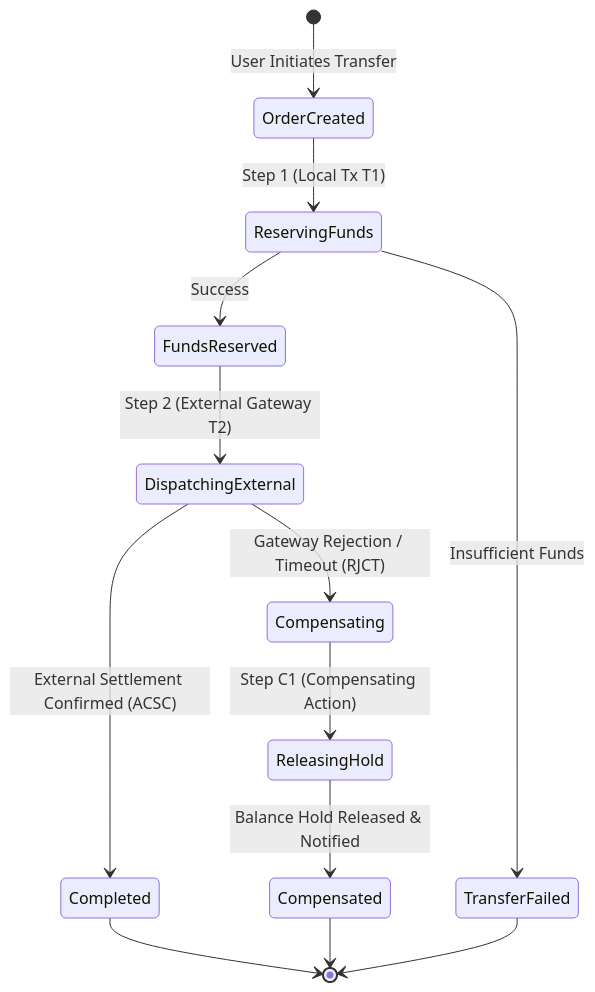
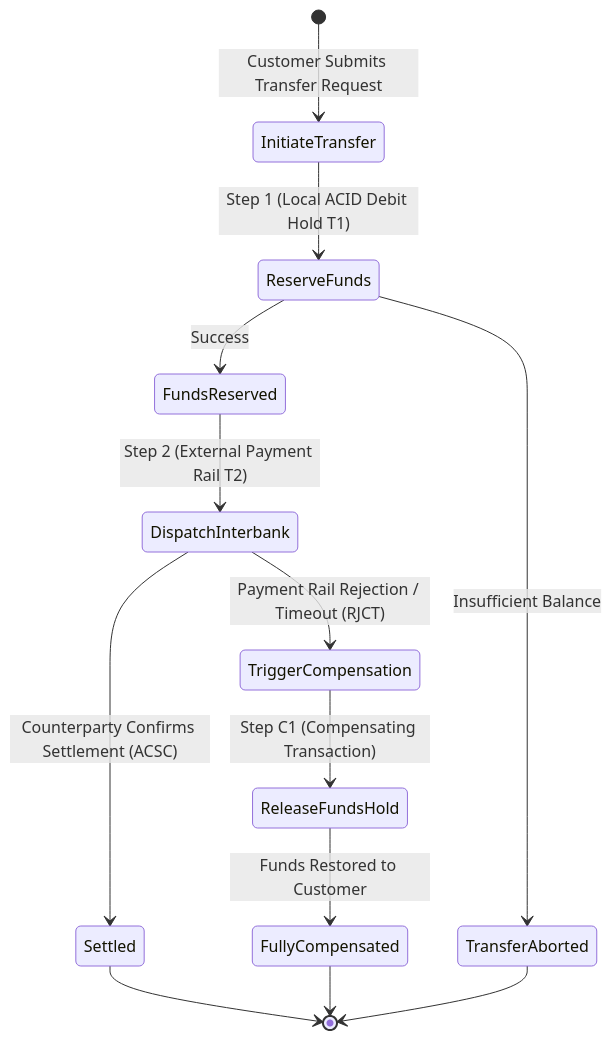
The first of 2 diagrams in content/series/core-banking-architecture/part-4-saga-pattern.md (vesviet/vesviet), drawn with Mermaid before and after one commit. The commit also changed other lines of this file and 90 other files, not shown here.

````diff
--- a/content/series/core-banking-architecture/part-4-saga-pattern.md
+++ b/content/series/core-banking-architecture/part-4-saga-pattern.md
@@ -44,20 +41,20 @@
 ```mermaid
 stateDiagram-v2
-    [*] --> OrderCreated: User Initiates Transfer
-    OrderCreated --> ReservingFunds: Step 1 (Local Tx T1)
+    [*] --> InitiateTransfer: Customer Submits Transfer Request
+    InitiateTransfer --> ReserveFunds: Step 1 (Local ACID Debit Hold T1)
     
-    ReservingFunds --> FundsReserved: Success
-    ReservingFunds --> TransferFailed: Insufficient Funds
+    ReserveFunds --> FundsReserved: Success
+    ReserveFunds --> TransferAborted: Insufficient Balance
     
-    FundsReserved --> DispatchingExternal: Step 2 (External Gateway T2)
+    FundsReserved --> DispatchInterbank: Step 2 (External Payment Rail T2)
     
-    DispatchingExternal --> Completed: External Settlement Confirmed (ACSC)
-    DispatchingExternal --> Compensating: Gateway Rejection / Timeout (RJCT)
+    DispatchInterbank --> Settled: Counterparty Confirms Settlement (ACSC)
+    DispatchInterbank --> TriggerCompensation: Payment Rail Rejection / Timeout (RJCT)
     
-    Compensating --> ReleasingHold: Step C1 (Compensating Action)
-    ReleasingHold --> Compensated: Balance Hold Released & Notified
+    TriggerCompensation --> ReleaseFundsHold: Step C1 (Compensating Transaction)
+    ReleaseFundsHold --> FullyCompensated: Funds Restored to Customer
     
-    Completed --> [*]
-    Compensated --> [*]
-    TransferFailed --> [*]
+    Settled --> [*]
+    FullyCompensated --> [*]
+    TransferAborted --> [*]
 ```
````
